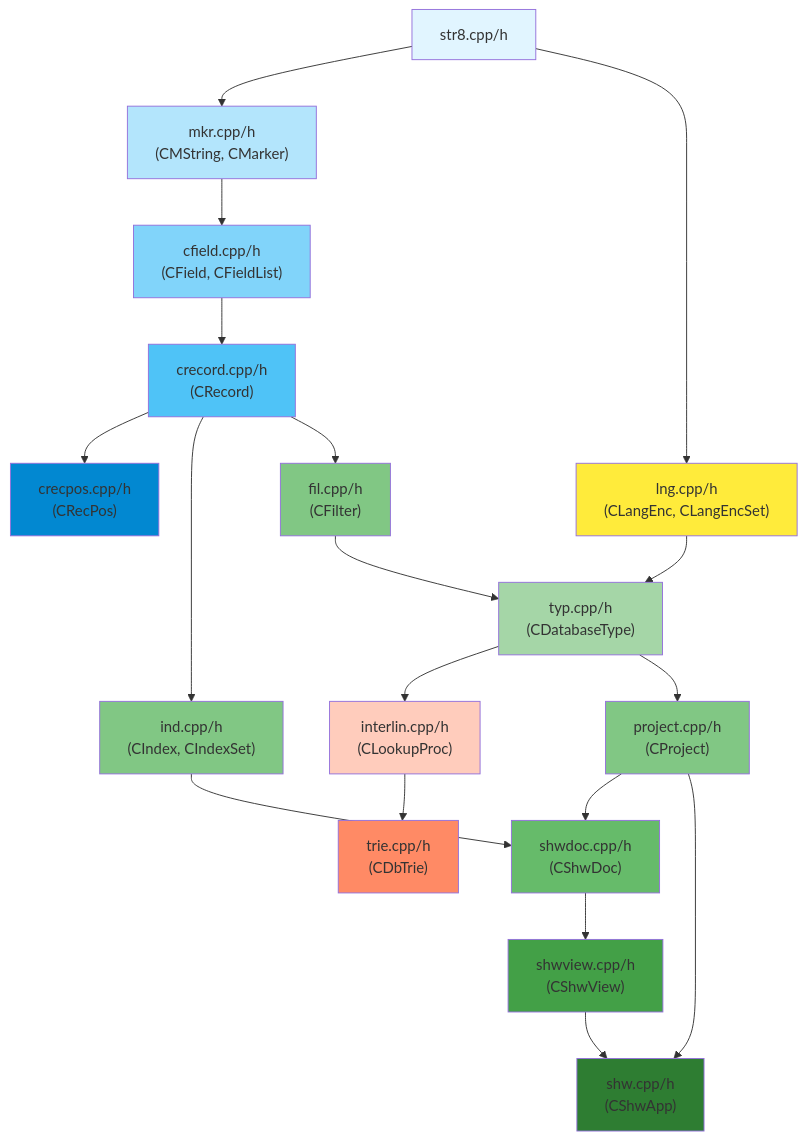
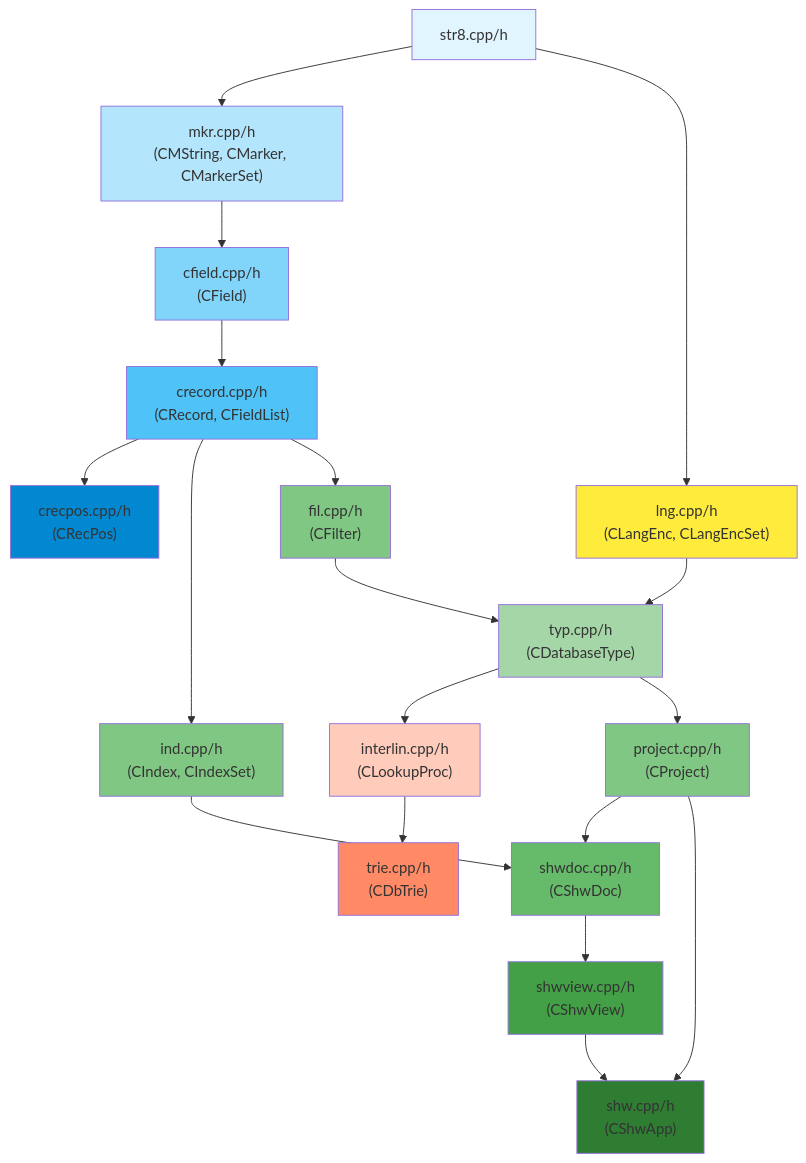
The tenth of 10 diagrams in ARCHITECTURE.md (sillsdev/Toolbox), drawn with Mermaid before and after one commit. The commit also changed other lines of this file and 8 other files, not shown here.

````diff
--- a/ARCHITECTURE.md
+++ b/ARCHITECTURE.md
@@ -698,52 +636,52 @@
 ```mermaid
 graph TD
     S["str8.cpp/h"]
-    M["mkr.cpp/h<br/>(CMString, CMarker)"]
-    CF["cfield.cpp/h<br/>(CField, CFieldList)"]
-    CR["crecord.cpp/h<br/>(CRecord)"]
+    M["mkr.cpp/h<br/>(CMString, CMarker, CMarkerSet)"]
+    CF["cfield.cpp/h<br/>(CField)"]
+    CR["crecord.cpp/h<br/>(CRecord, CFieldList)"]
     RP["crecpos.cpp/h<br/>(CRecPos)"]
     L["lng.cpp/h<br/>(CLangEnc, CLangEncSet)"]
     T["typ.cpp/h<br/>(CDatabaseType)"]
     I["ind.cpp/h<br/>(CIndex, CIndexSet)"]
     F["fil.cpp/h<br/>(CFilter)"]
     IN["interlin.cpp/h<br/>(CLookupProc)"]
     TR["trie.cpp/h<br/>(CDbTrie)"]
     P["project.cpp/h<br/>(CProject)"]
     D["shwdoc.cpp/h<br/>(CShwDoc)"]
     V["shwview.cpp/h<br/>(CShwView)"]
     A["shw.cpp/h<br/>(CShwApp)"]
 
     S --> M
     S --> L
     M --> CF
     L --> T
     CF --> CR
     CR --> RP
     CR --> I
     CR --> F
     T --> IN
     T --> P
     I --> D
     F --> T
     IN --> TR
     P --> D
     D --> V
     P --> A
     V --> A
 
     style S fill:#e1f5ff
     style M fill:#b3e5fc
     style CF fill:#81d4fa
     style CR fill:#4fc3f7
     style RP fill:#0288d1
     style L fill:#ffeb3b
     style T fill:#a5d6a7
     style I fill:#81c784
     style F fill:#81c784
     style IN fill:#ffccbc
     style TR fill:#ff8a65
     style P fill:#81c784
     style D fill:#66bb6a
     style V fill:#43a047
     style A fill:#2e7d32
 ```
````
